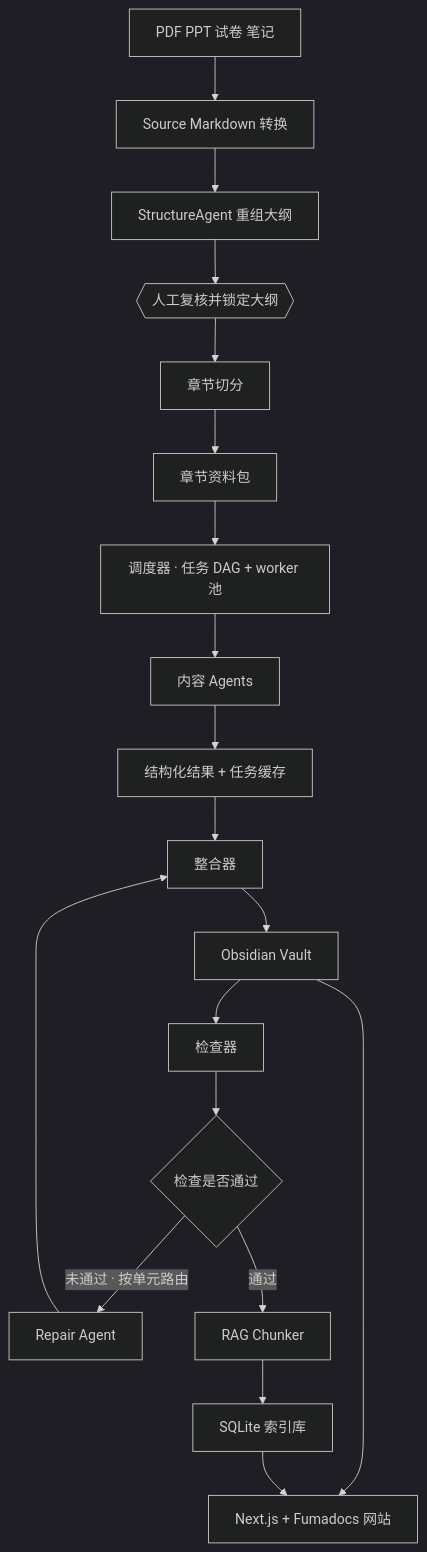
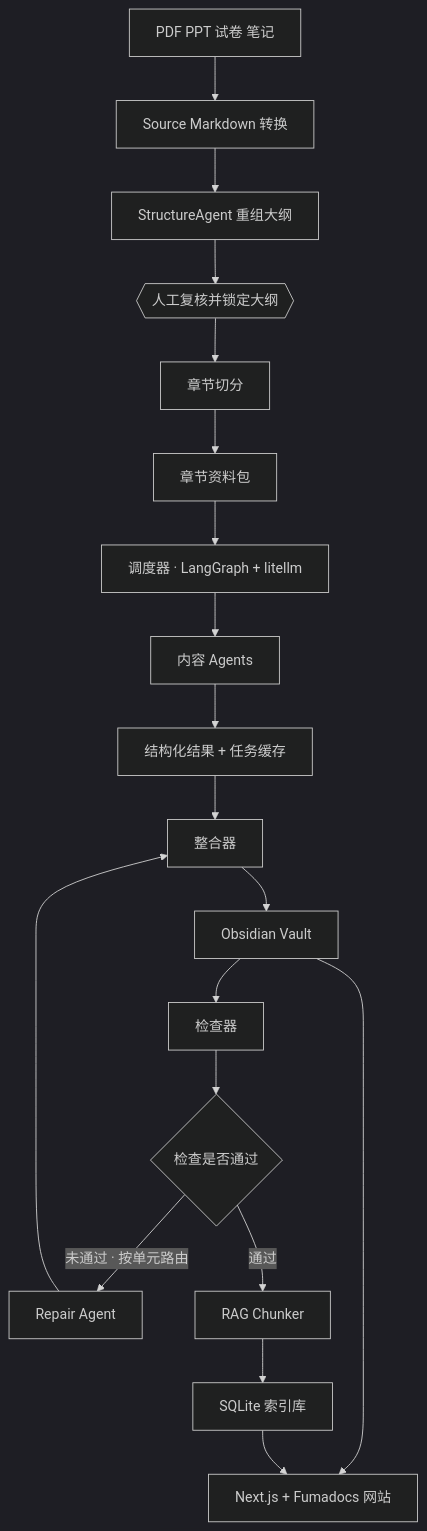
Before and after one commit to pppwaw/bookwiki: the first of 5 diagrams in design.md, drawn with Mermaid (dark theme). The commit also changed other lines of this file, not shown here.

````diff
--- a/design.md
+++ b/design.md
@@ -52,21 +52,21 @@
 ```mermaid
 flowchart TD
     A[PDF PPT 试卷 笔记] --> B[Source Markdown 转换]
     B --> C[StructureAgent 重组大纲]
     C --> GATE{{人工复核并锁定大纲}}
     GATE --> D[章节切分]
     D --> P[章节资料包]
-    P --> SCHED[调度器 · 任务 DAG + worker 池]
+    P --> SCHED[调度器 · LangGraph + litellm]
     SCHED --> E[内容 Agents]
     E --> F[结构化结果 + 任务缓存]
     F --> G[整合器]
     G --> H[Obsidian Vault]
     H --> I[检查器]
     I --> J{检查是否通过}
     J -->|未通过 · 按单元路由| K[Repair Agent]
     K --> G
     J -->|通过| L[RAG Chunker]
     L --> M[SQLite 索引库]
     H --> N[Next.js + Fumadocs 网站]
     M --> N
 ```
````
